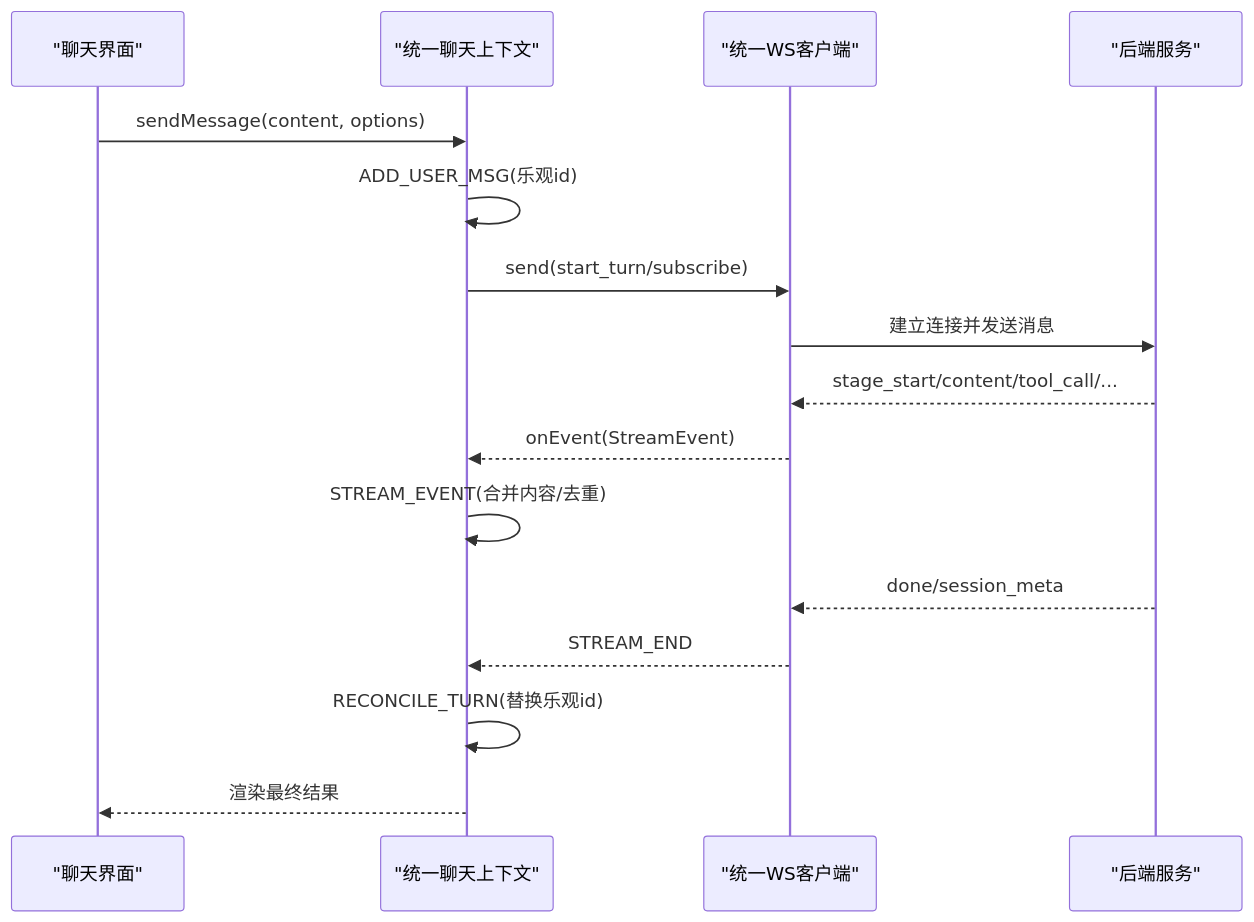
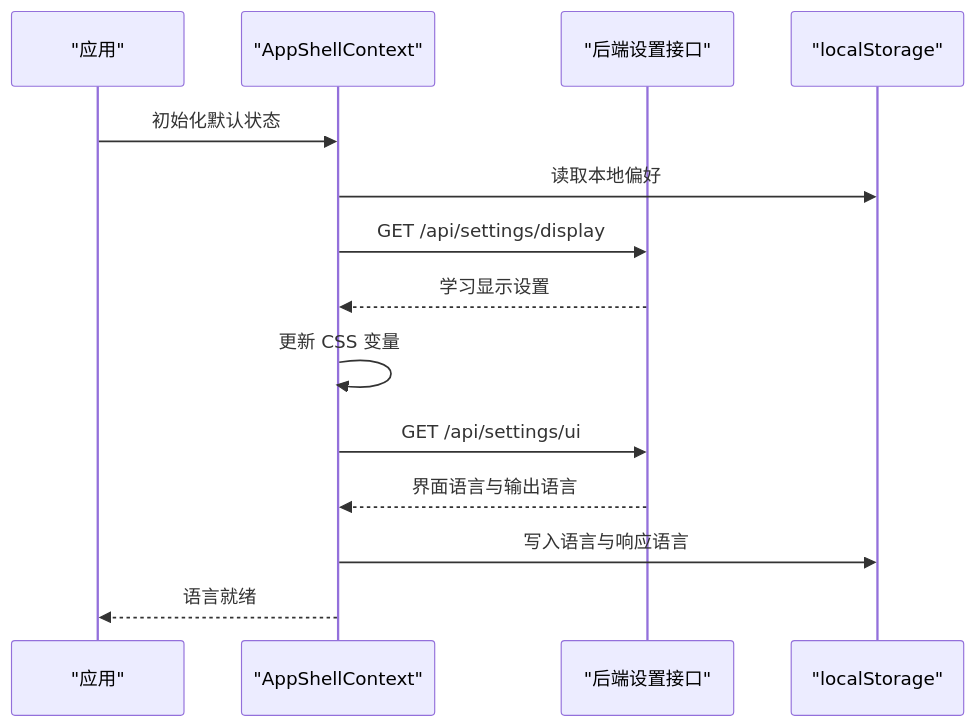
One commit to gongzili456/DeepTutor changed the fourth of 9 diagrams in .qoder/repowiki/zh/content/前端架构/前端架构.md. Above: the diagram before and after it, drawn with Mermaid. The commit also changed other lines of this file and 1242 other files, not shown here.

````diff
--- a/.qoder/repowiki/zh/content/前端架构/前端架构.md
+++ b/.qoder/repowiki/zh/content/前端架构/前端架构.md
@@ -263,18 +168,16 @@
 ```mermaid
 sequenceDiagram
-participant UI as "聊天界面"
-participant ChatCtx as "统一聊天上下文"
-participant WS as "统一WS客户端"
-participant Backend as "后端服务"
-UI->>ChatCtx : sendMessage(content, options)
-ChatCtx->>ChatCtx : ADD_USER_MSG(乐观id)
-ChatCtx->>WS : send(start_turn/subscribe)
-WS->>Backend : 建立连接并发送消息
-Backend-->>WS : stage_start/content/tool_call/...
-WS-->>ChatCtx : onEvent(StreamEvent)
-ChatCtx->>ChatCtx : STREAM_EVENT(合并内容/去重)
-Backend-->>WS : done/session_meta
-WS-->>ChatCtx : STREAM_END
-ChatCtx->>ChatCtx : RECONCILE_TURN(替换乐观id)
-ChatCtx-->>UI : 渲染最终结果
+participant App as "应用"
+participant Shell as "AppShellContext"
+participant API as "后端设置接口"
+participant LS as "localStorage"
+App->>Shell : 初始化默认状态
+Shell->>LS : 读取本地偏好
+Shell->>API : GET /api/settings/display
+API-->>Shell : 学习显示设置
+Shell->>Shell : 更新 CSS 变量
+Shell->>API : GET /api/settings/ui
+API-->>Shell : 界面语言与输出语言
+Shell->>LS : 写入语言与响应语言
+Shell-->>App : 语言就绪
 ```
````
